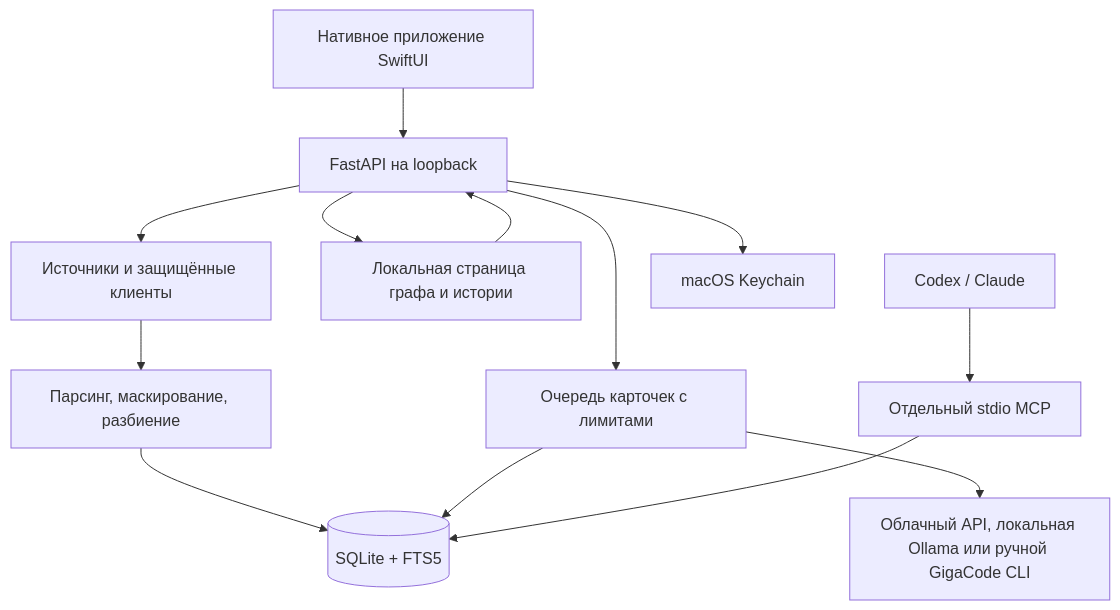
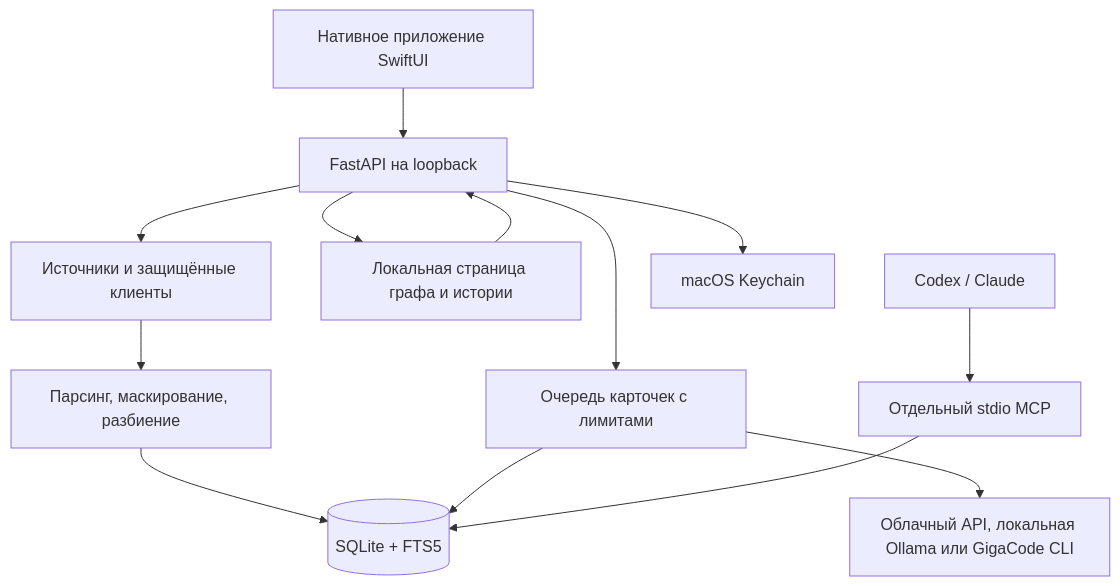
Before and after one commit to PandaTBE/second-brain: the diagram in docs/architecture.ru.md, drawn with Mermaid. The commit also changed other lines of this file and 32 other files, not shown here.

Commit message:
feat: release 0.3.2 with opt-in GigaCode automation

````diff
--- a/docs/architecture.ru.md
+++ b/docs/architecture.ru.md
@@ -7,15 +7,15 @@
 ```mermaid
 flowchart TD
     UI[Нативное приложение SwiftUI] --> API[FastAPI на loopback]
     API --> Sources[Источники и защищённые клиенты]
     Sources --> Import[Парсинг, маскирование, разбиение]
     Import --> DB[(SQLite + FTS5)]
     API --> Cards[Очередь карточек с лимитами]
-    Cards --> LLM[Облачный API, локальная Ollama или ручной GigaCode CLI]
+    Cards --> LLM[Облачный API, локальная Ollama или GigaCode CLI]
     Cards --> DB
     API --> Graph[Локальная страница графа и истории]
     Graph --> API
     MCP[Отдельный stdio MCP] --> DB
     Agents[Codex / Claude] --> MCP
     API --> Vault[macOS Keychain]
 ```
````
